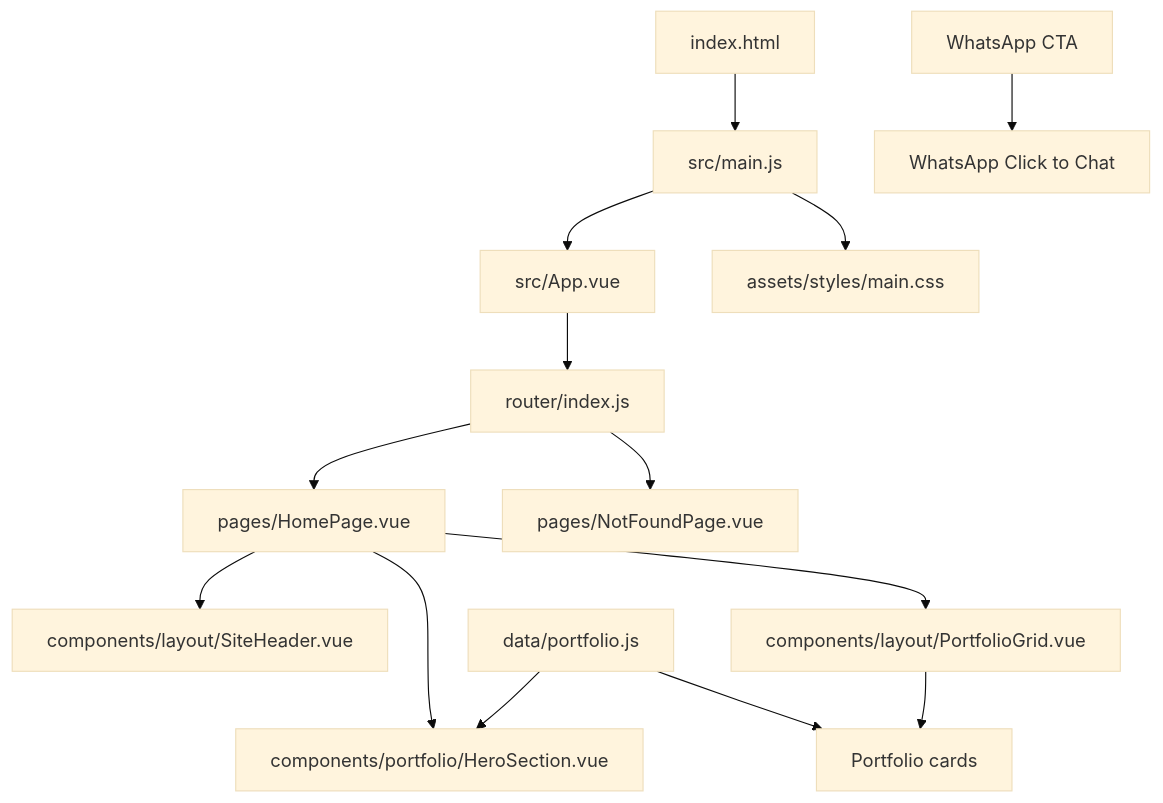
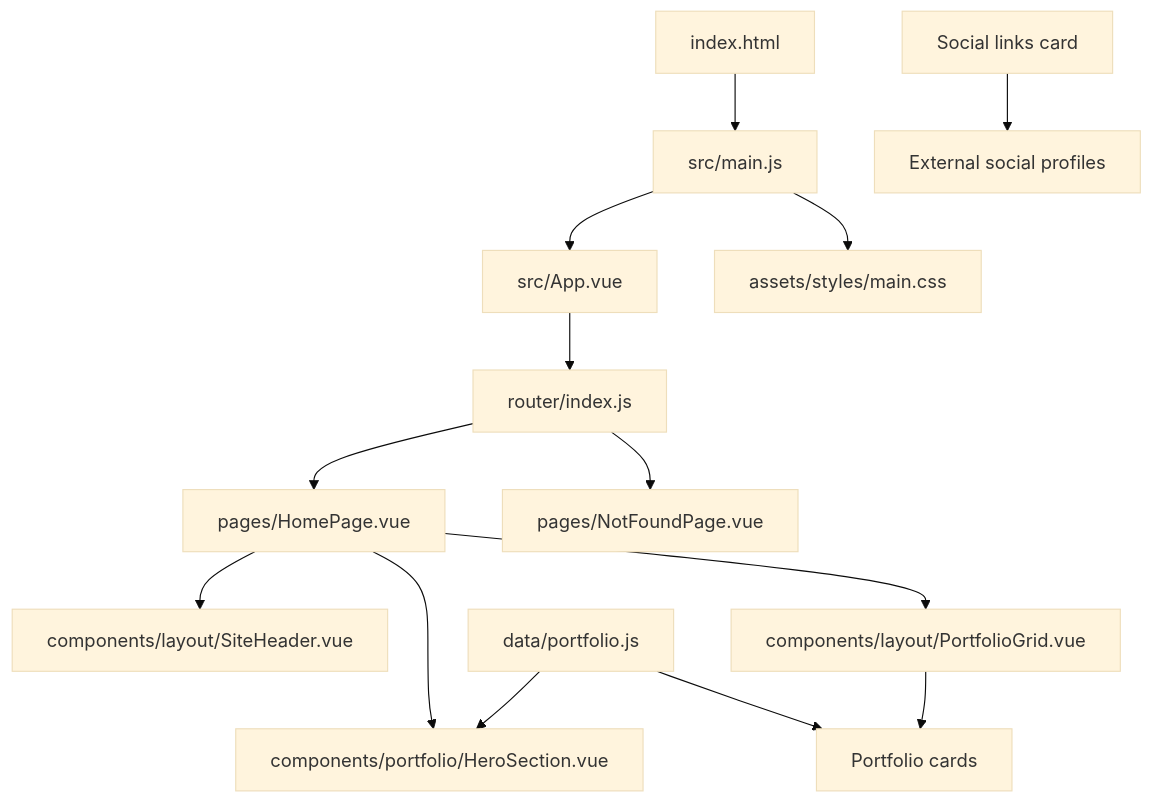
Before and after one commit to rpdigitalmain/administrative-portfolio: the diagram in docs/ARCHITECTURE.md, drawn with Mermaid (base theme). The commit also changed other lines of this file and 20 other files, not shown here.

First line of the commit message:
feat(portfolio): add social links and refine WhatsApp CTA

````diff
--- a/docs/ARCHITECTURE.md
+++ b/docs/ARCHITECTURE.md
@@ -7,16 +7,16 @@
 ```mermaid
 flowchart TD
     HTML[index.html] --> Entry[src/main.js]
     Entry --> App[src/App.vue]
     Entry --> Styles[assets/styles/main.css]
     App --> Router[router/index.js]
     Router --> Home[pages/HomePage.vue]
     Router --> NotFound[pages/NotFoundPage.vue]
     Home --> Header[components/layout/SiteHeader.vue]
     Home --> Hero[components/portfolio/HeroSection.vue]
     Home --> Grid[components/layout/PortfolioGrid.vue]
     Grid --> Cards[Portfolio cards]
     Data[data/portfolio.js] --> Hero
     Data --> Cards
-    WhatsApp[WhatsApp CTA] --> External[WhatsApp Click to Chat]
+    Social[Social links card] --> External[External social profiles]
 ```
````
